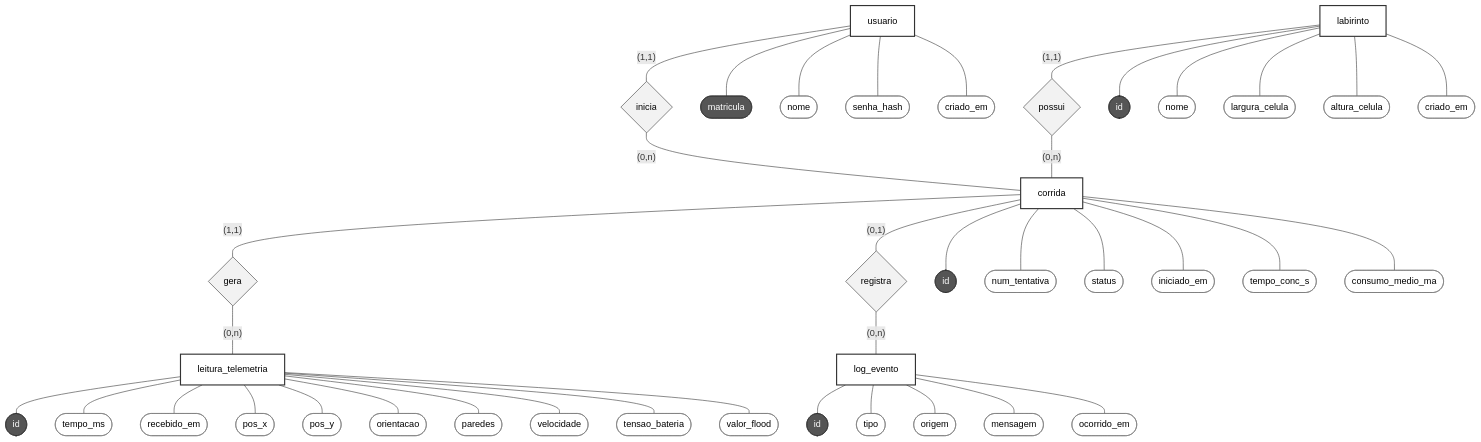
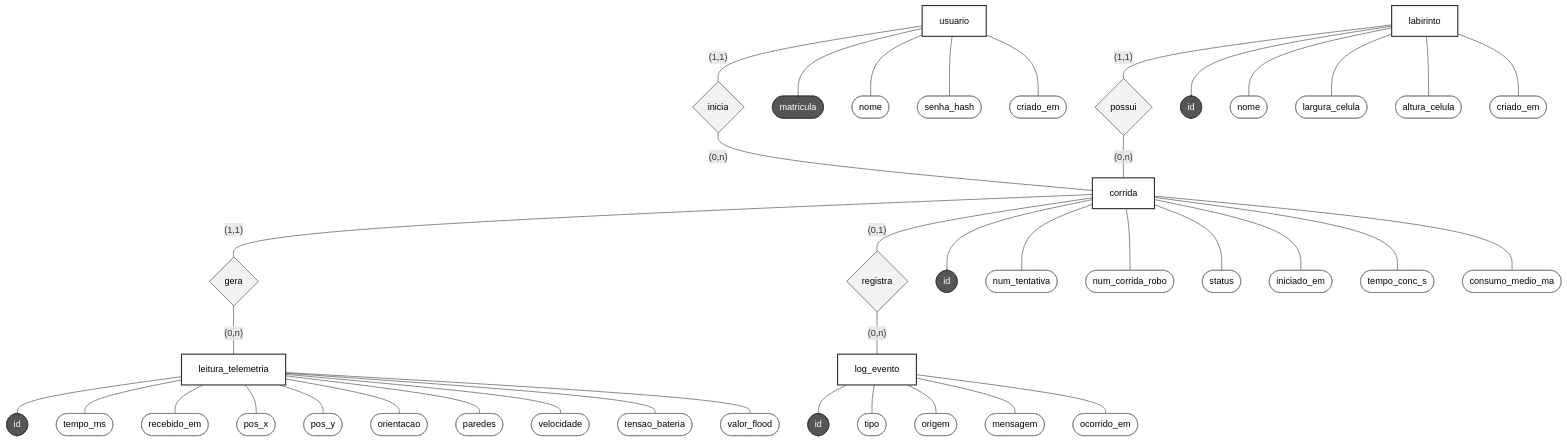
The first of 2 diagrams in docs/4.4.4 - Persistencia de Dados.md (fcte-pi1/2026.2_PI1__Grupo2_Juliana), drawn with Mermaid before and after one commit. The commit also changed other lines of this file and 2 other files, not shown here.

````diff
--- a/docs/4.4.4 - Persistencia de Dados.md
+++ b/docs/4.4.4 - Persistencia de Dados.md
@@ -26,58 +26,59 @@
 ```mermaid
 flowchart TB
     classDef entidade fill:#ffffff,stroke:#333333,stroke-width:2px,color:#000000
     classDef relacao fill:#f2f2f2,stroke:#333333,color:#000000
     classDef atributo fill:#ffffff,stroke:#777777,color:#000000
     classDef identificador fill:#555555,stroke:#333333,color:#ffffff
 
     USU[usuario]:::entidade
     LAB[labirinto]:::entidade
     COR[corrida]:::entidade
     LEI[leitura_telemetria]:::entidade
     LOG[log_evento]:::entidade
 
     R_POSSUI{possui}:::relacao
     R_INICIA{inicia}:::relacao
     R_GERA{gera}:::relacao
     R_REGISTRA{registra}:::relacao
 
     LAB ---|"(1,1)"| R_POSSUI ---|"(0,n)"| COR
     USU ---|"(1,1)"| R_INICIA ---|"(0,n)"| COR
     COR ---|"(1,1)"| R_GERA ---|"(0,n)"| LEI
     COR ---|"(0,1)"| R_REGISTRA ---|"(0,n)"| LOG
 
     USU --- usu_matricula([matricula]):::identificador
     USU --- usu_nome([nome]):::atributo
     USU --- usu_senha([senha_hash]):::atributo
     USU --- usu_criado([criado_em]):::atributo
 
     LAB --- lab_id([id]):::identificador
     LAB --- lab_nome([nome]):::atributo
     LAB --- lab_largura([largura_celula]):::atributo
     LAB --- lab_altura([altura_celula]):::atributo
     LAB --- lab_criado([criado_em]):::atributo
 
     COR --- cor_id([id]):::identificador
     COR --- cor_tentativa([num_tentativa]):::atributo
+    COR --- cor_num_robo([num_corrida_robo]):::atributo
     COR --- cor_status([status]):::atributo
     COR --- cor_iniciado([iniciado_em]):::atributo
     COR --- cor_tempo([tempo_conc_s]):::atributo
     COR --- cor_consumo([consumo_medio_ma]):::atributo
 
     LEI --- lei_id([id]):::identificador
     LEI --- lei_tempo([tempo_ms]):::atributo
     LEI --- lei_recebido([recebido_em]):::atributo
     LEI --- lei_x([pos_x]):::atributo
     LEI --- lei_y([pos_y]):::atributo
     LEI --- lei_orientacao([orientacao]):::atributo
     LEI --- lei_paredes([paredes]):::atributo
     LEI --- lei_velocidade([velocidade]):::atributo
     LEI --- lei_tensao([tensao_bateria]):::atributo
     LEI --- lei_flood([valor_flood]):::atributo
 
     LOG --- log_id([id]):::identificador
     LOG --- log_tipo([tipo]):::atributo
     LOG --- log_origem([origem]):::atributo
     LOG --- log_mensagem([mensagem]):::atributo
     LOG --- log_ocorrido([ocorrido_em]):::atributo
 ```
````
